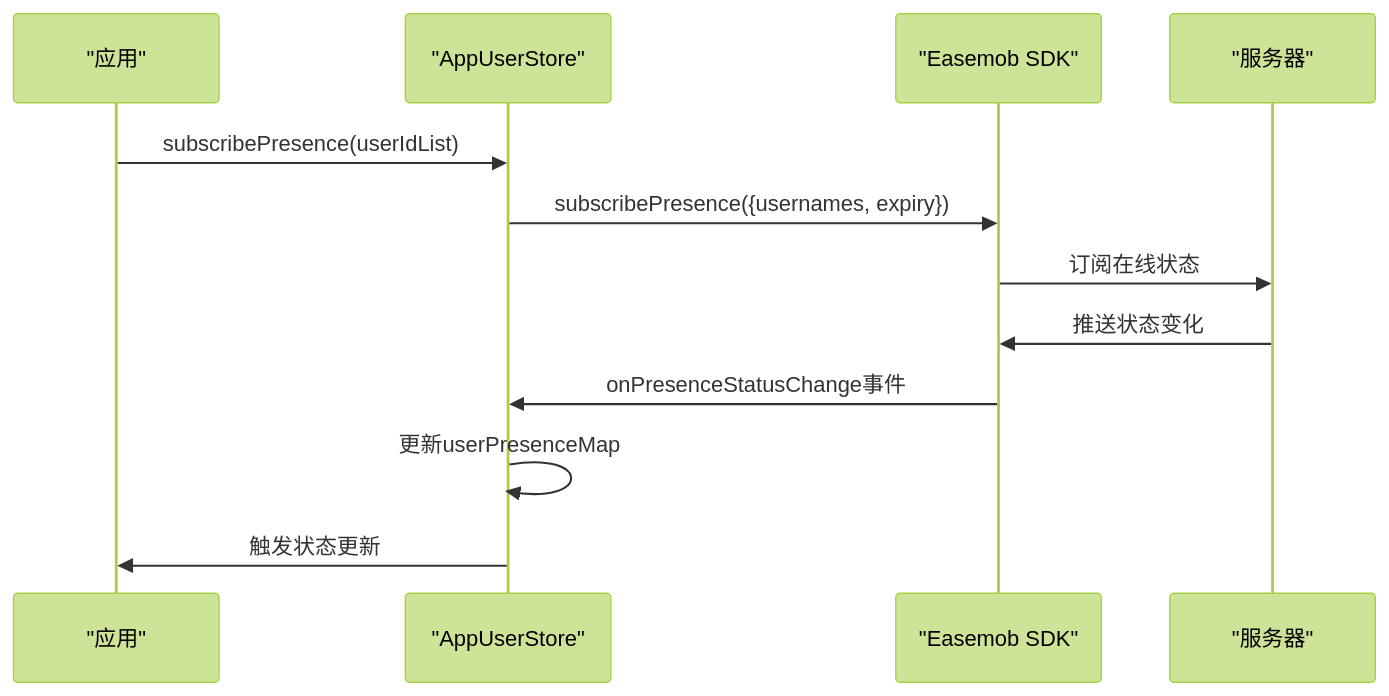
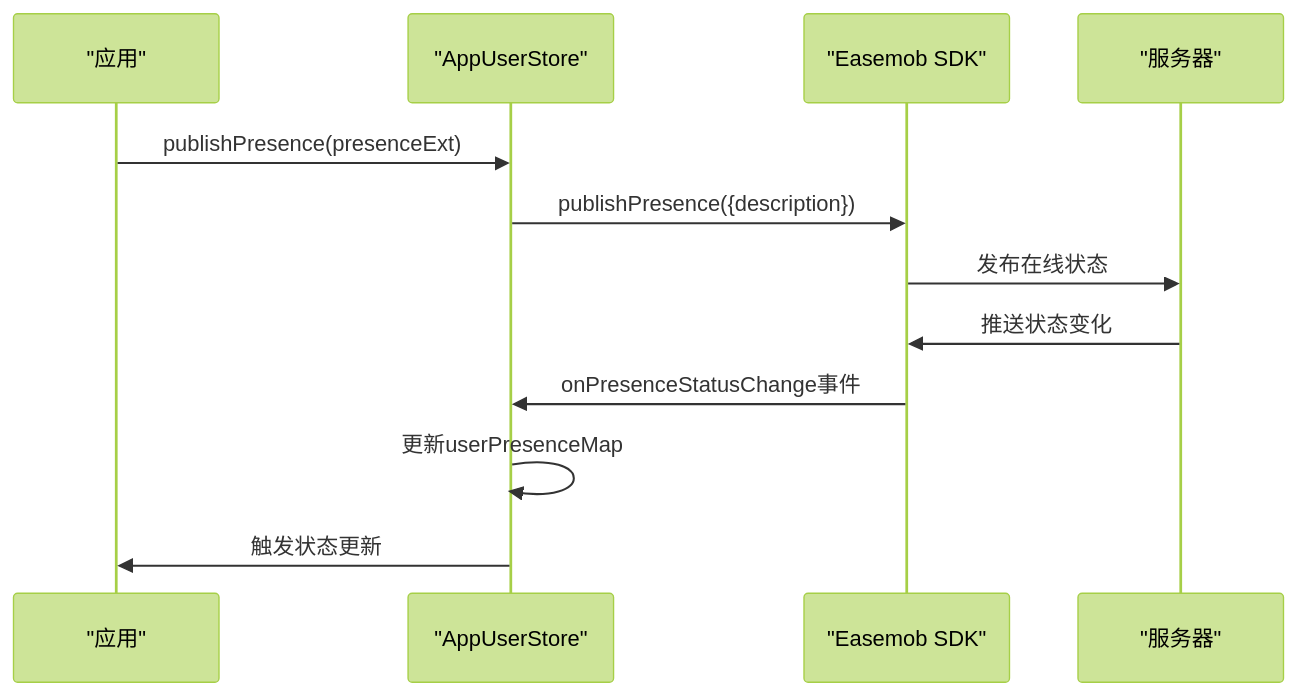
The seventh of 16 diagrams in .qoder/repowiki/zh/content/示例应用/示例应用.md (Easemob-Community/easemob-uikit-uniapp-community), drawn with Mermaid (forest theme) before and after one commit. The commit also changed other lines of this file and 14 other files, not shown here.

````diff
--- a/.qoder/repowiki/zh/content/示例应用/示例应用.md
+++ b/.qoder/repowiki/zh/content/示例应用/示例应用.md
@@ -622,14 +532,14 @@
 ```mermaid
 sequenceDiagram
 participant App as "应用"
 participant Store as "AppUserStore"
 participant SDK as "Easemob SDK"
 participant Server as "服务器"
-App->>Store : subscribePresence(userIdList)
-Store->>SDK : subscribePresence({usernames, expiry})
-SDK->>Server : 订阅在线状态
+App->>Store : publishPresence(presenceExt)
+Store->>SDK : publishPresence({description})
+SDK->>Server : 发布在线状态
 Server->>SDK : 推送状态变化
 SDK->>Store : onPresenceStatusChange事件
 Store->>Store : 更新userPresenceMap
 Store->>App : 触发状态更新
 ```
````
